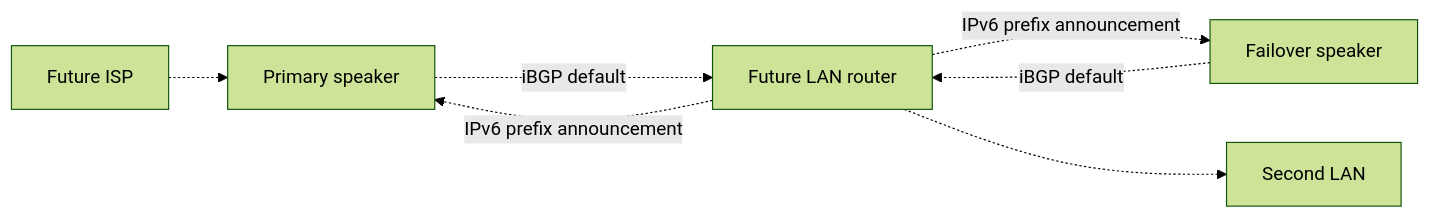
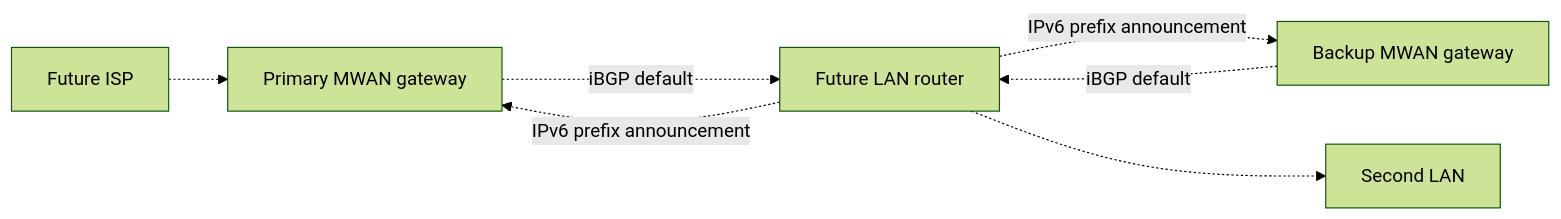
One commit to agoodkind/mwan changed the second of 3 diagrams in docs/mwan.md. Above: the diagram before and after it, drawn with Mermaid (forest theme). The commit also changed other lines of this file, not shown here.

Commit message:
Explain MWAN origin and gateway roles in documentation

````diff
--- a/docs/mwan.md
+++ b/docs/mwan.md
@@ -120,9 +132,9 @@
 ```mermaid
 flowchart LR
-  futureISP[Future ISP] -.-> primary[Primary speaker]
+  futureISP[Future ISP] -.-> primary[Primary MWAN gateway]
   primary -.->|iBGP default| router2[Future LAN router]
-  failover[Failover speaker] -.->|iBGP default| router2
+  failover[Backup MWAN gateway] -.->|iBGP default| router2
   router2 -.->|IPv6 prefix announcement| primary
   router2 -.->|IPv6 prefix announcement| failover
   router2 -.-> lan2[Second LAN]
 ```
````
